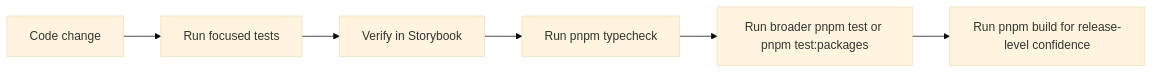
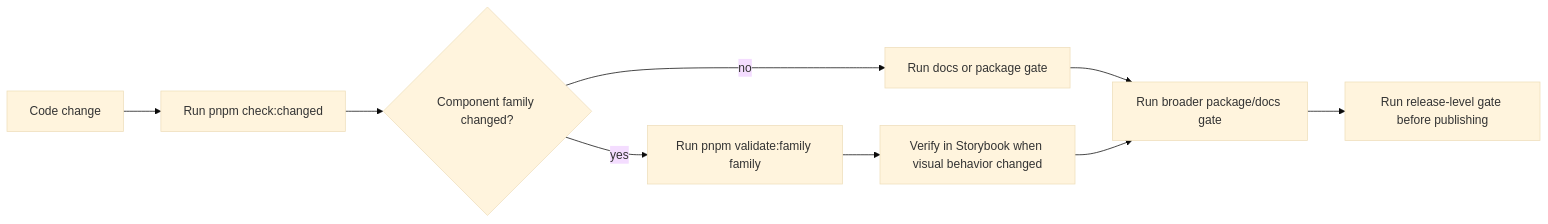
The second of 2 diagrams in docs/reference/testing.md (niklas-westman/marwes), drawn with Mermaid (base theme) before and after one commit. The commit also changed other lines of this file and 73 other files, not shown here.

````diff
--- a/docs/reference/testing.md
+++ b/docs/reference/testing.md
@@ -122,8 +145,11 @@
 ```mermaid
 flowchart LR
-  Change[Code change] --> Local[Run focused tests]
-  Local --> Stories[Verify in Storybook]
-  Stories --> Typecheck[Run pnpm typecheck]
-  Typecheck --> Repo[Run broader pnpm test or pnpm test:packages]
-  Repo --> Build[Run pnpm build for release-level confidence]
+  Change[Code change] --> Changed[Run pnpm check:changed]
+  Changed --> Family{Component family changed?}
+  Family -->|yes| FamilyGate[Run pnpm validate:family family]
+  Family -->|no| DocsGate[Run docs or package gate]
+  FamilyGate --> Stories[Verify in Storybook when visual behavior changed]
+  DocsGate --> Broader[Run broader package/docs gate]
+  Stories --> Broader
+  Broader --> Release[Run release-level gate before publishing]
 ```
````
